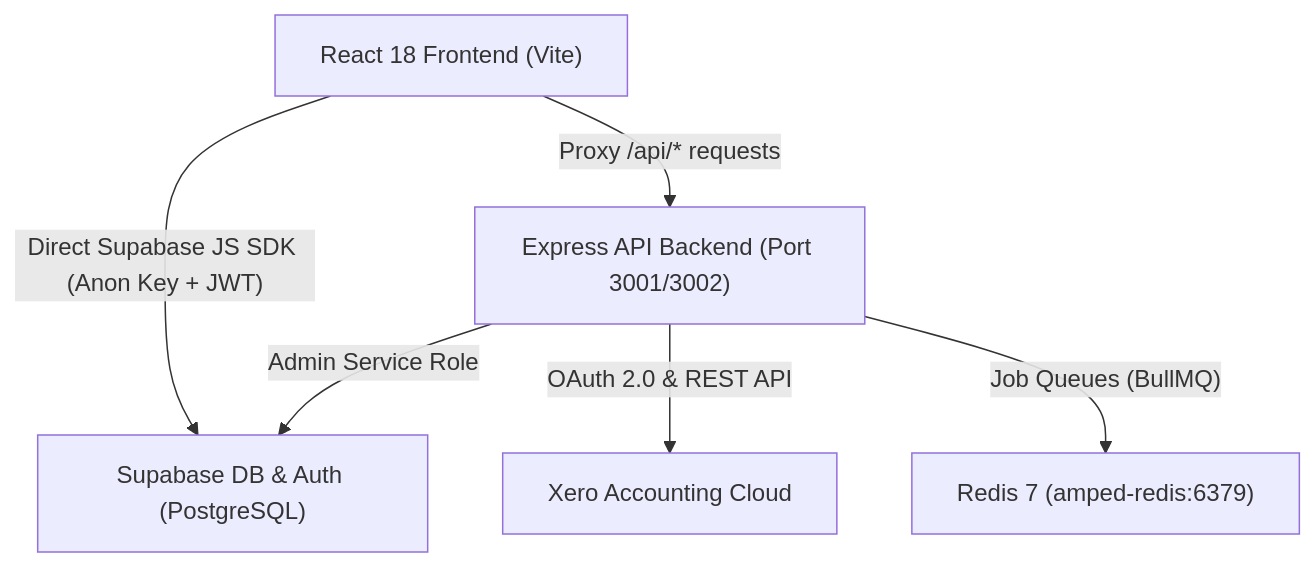
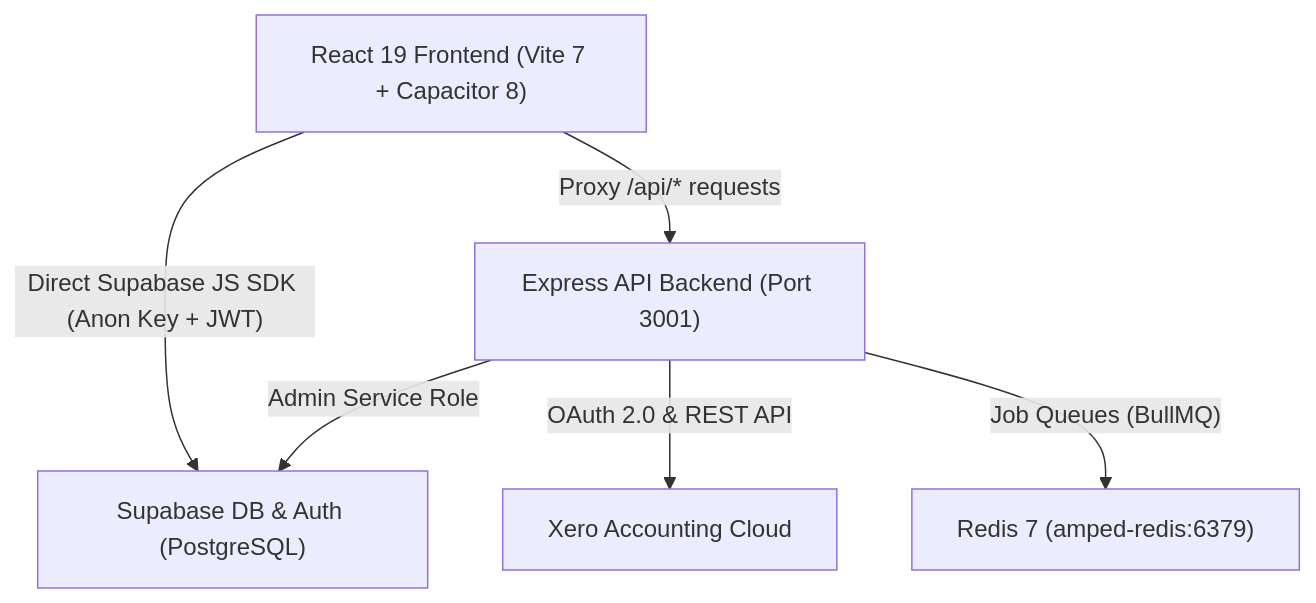
Before and after one commit to tripplej33/AmpedFieldOps-v2: the diagram in docs/API_REFERENCE.md, drawn with Mermaid. The commit also changed other lines of this file and 13 other files, not shown here.

````diff
--- a/docs/API_REFERENCE.md
+++ b/docs/API_REFERENCE.md
@@ -9,8 +9,8 @@
 ```mermaid
 graph TD
-    Client["React 18 Frontend (Vite)"] -->|"Direct Supabase JS SDK (Anon Key + JWT)"| Supabase["Supabase DB & Auth (PostgreSQL)"]
-    Client -->|"Proxy /api/* requests"| Backend["Express API Backend (Port 3001/3002)"]
+    Client["React 19 Frontend (Vite 7 + Capacitor 8)"] -->|"Direct Supabase JS SDK (Anon Key + JWT)"| Supabase["Supabase DB & Auth (PostgreSQL)"]
+    Client -->|"Proxy /api/* requests"| Backend["Express API Backend (Port 3001)"]
     Backend -->|"Admin Service Role"| Supabase
     Backend -->|"OAuth 2.0 & REST API"| Xero["Xero Accounting Cloud"]
     Backend -->|"Job Queues (BullMQ)"| Redis["Redis 7 (amped-redis:6379)"]
 ```
````
